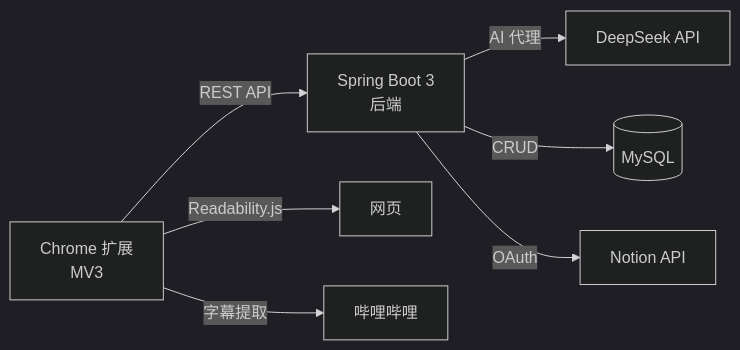
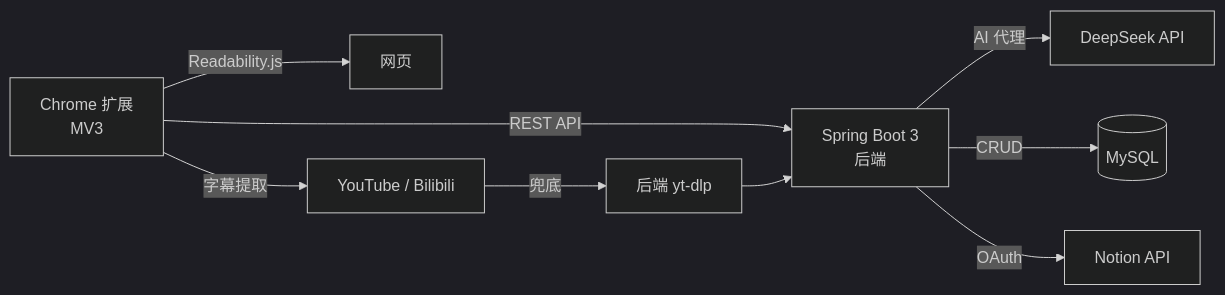
Before and after one commit to christo-chen/Summary-of-long-video-content: the diagram in README_zh.md, drawn with Mermaid (dark theme). The commit also changed other lines of this file and 1 other file, not shown here.

````diff
--- a/README_zh.md
+++ b/README_zh.md
@@ -37,9 +38,11 @@
 ```mermaid
 graph LR
     A[Chrome 扩展<br/>MV3] -->|REST API| B[Spring Boot 3<br/>后端]
     B -->|AI 代理| C[DeepSeek API]
     B -->|CRUD| D[(MySQL)]
     B -->|OAuth| E[Notion API]
     A -->|Readability.js| F[网页]
-    A -->|字幕提取| G[哔哩哔哩]
+    A -->|字幕提取| G[YouTube / Bilibili]
+    G -->|兜底| H[后端 yt-dlp]
+    H --> B
 ```
````
